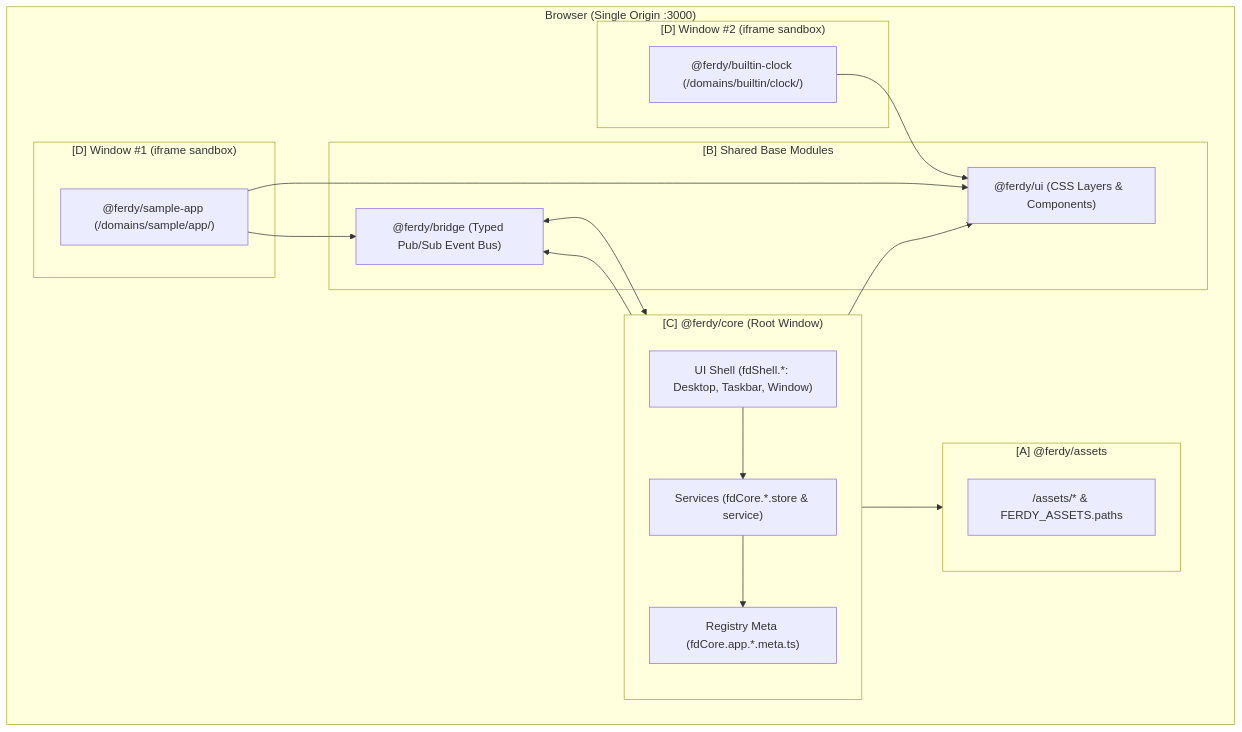
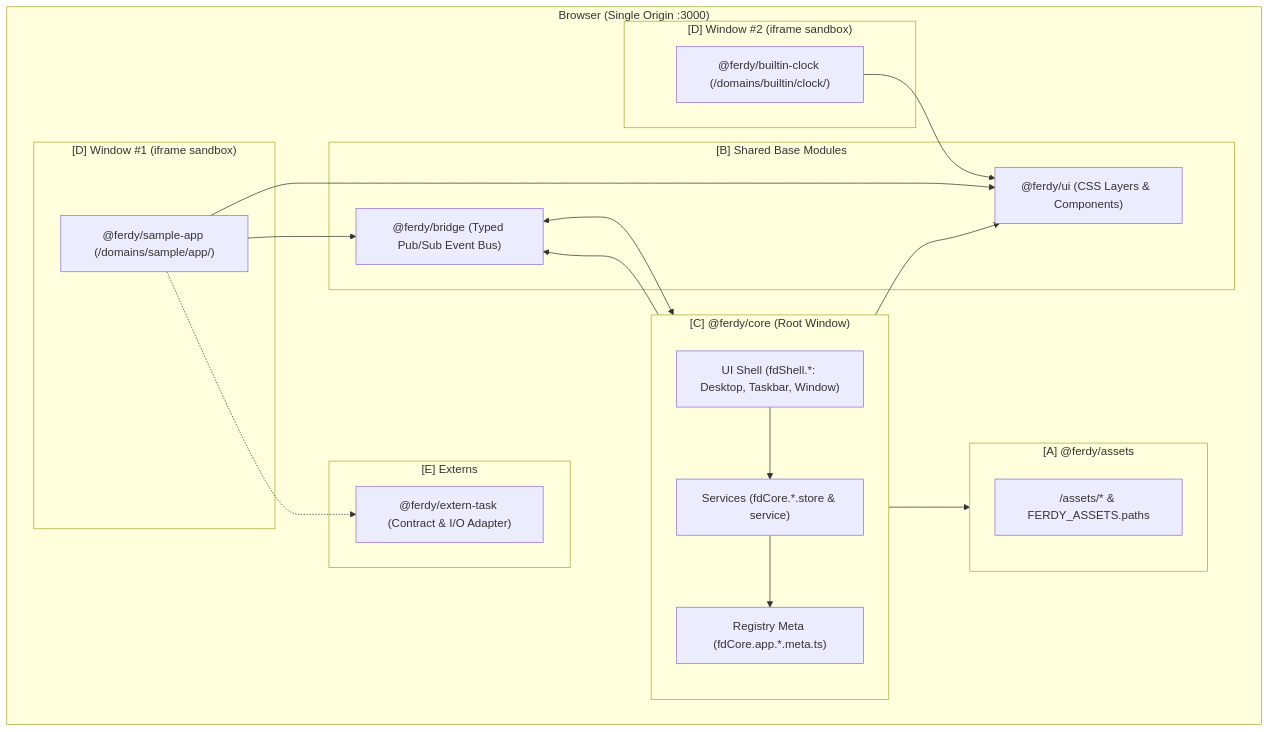
One commit to nicepig7/ferdyPlatter changed the diagram in docs/architecture.md. Above: the diagram before and after it, drawn with Mermaid. The commit also changed other lines of this file and 18 other files, not shown here.

Commit message:
feat(externs): establish [E] Externs layer and add @ferdy/extern-task package

````diff
--- a/docs/architecture.md
+++ b/docs/architecture.md
@@ -24,37 +24,42 @@
 ```mermaid
 flowchart TB
     subgraph Browser["Browser (Single Origin :3000)"]
         subgraph Core["[C] @ferdy/core (Root Window)"]
             Shell["UI Shell (fdShell.*: Desktop, Taskbar, Window)"]
             Services["Services (fdCore.*.store & service)"]
             Meta["Registry Meta (fdCore.app.*.meta.ts)"]
         end
 
         subgraph Base["[B] Shared Base Modules"]
             UI["@ferdy/ui (CSS Layers & <fd.*> Components)"]
             Bridge["@ferdy/bridge (Typed Pub/Sub Event Bus)"]
         end
 
         subgraph Assets["[A] @ferdy/assets"]
             Static["/assets/* & FERDY_ASSETS.paths"]
+        end
+
+        subgraph Externs["[E] Externs"]
+            ExternTask["@ferdy/extern-task (Contract & I/O Adapter)"]
         end
 
         subgraph Window1["[D] Window #1 (iframe sandbox)"]
             App1["@ferdy/sample-app (/domains/sample/app/)"]
         end
 
         subgraph Window2["[D] Window #2 (iframe sandbox)"]
             App2["@ferdy/builtin-clock (/domains/builtin/clock/)"]
         end
     end
 
     Shell --> Services
     Services --> Meta
     Core --> UI
     Core --> Bridge
     Core --> Assets
     App1 --> UI
     App1 --> Bridge
     App2 --> UI
+    App1 -.-> ExternTask
     Bridge <--> Core
 ```
````
